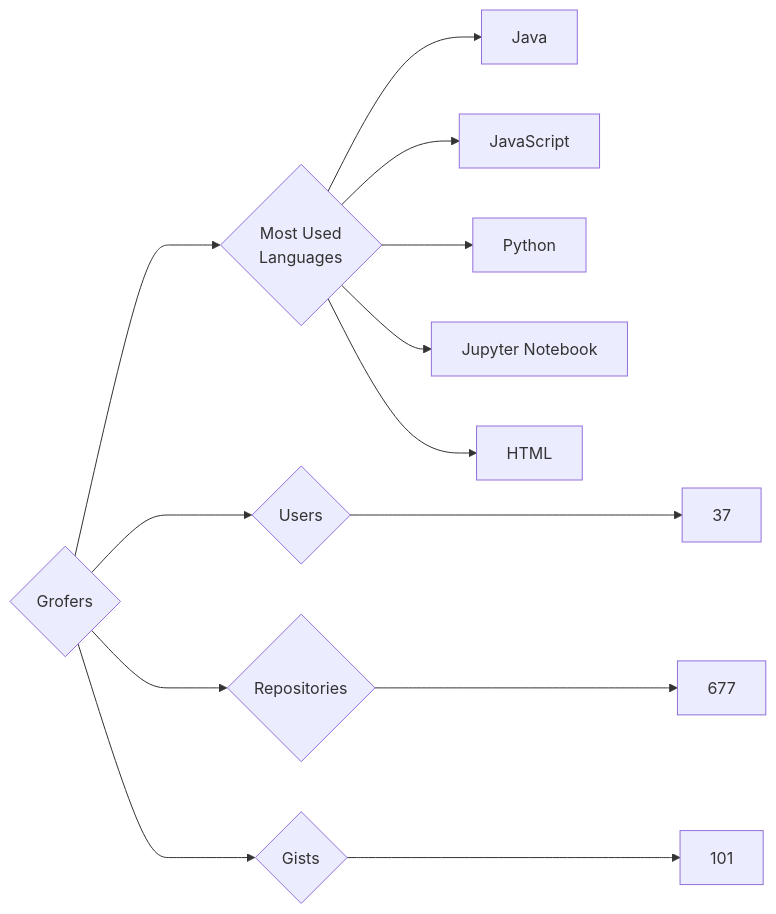
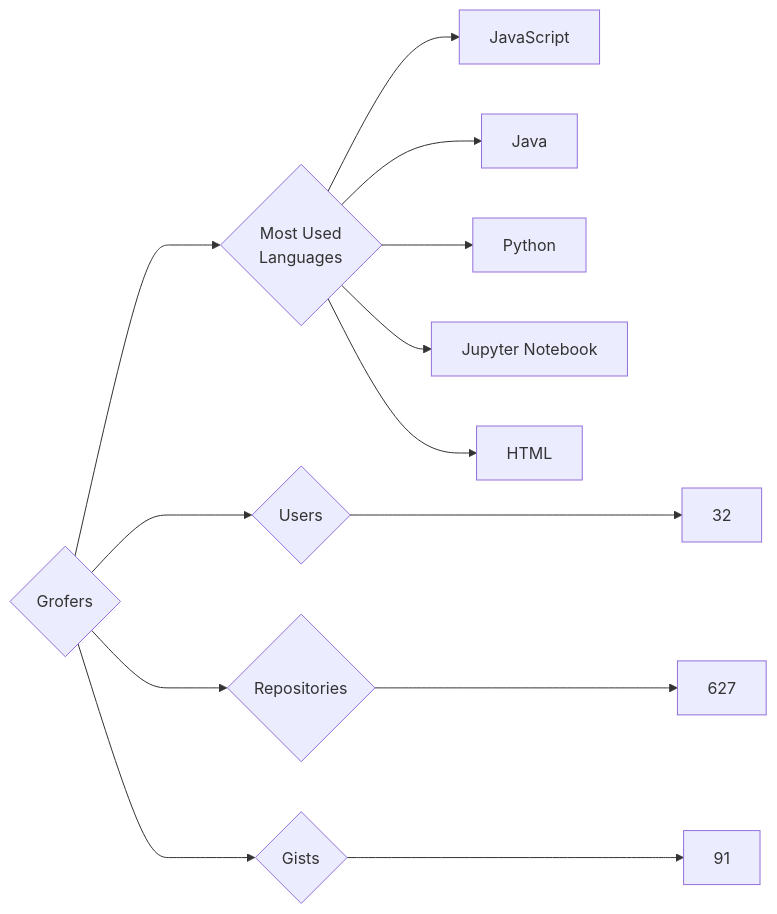
One commit to trickest/insiders changed the diagram in targets/Grofers/README.md. Above: the diagram before and after it, drawn with Mermaid. The commit also changed 679 other files, not shown here.

````diff
--- a/targets/Grofers/README.md
+++ b/targets/Grofers/README.md
@@ -3,13 +3,13 @@
 ```mermaid
 graph LR
 COMPANY_NAME{Grofers}
-COMPANY_NAME ---> U{Users} ---> UN[37]
-COMPANY_NAME ---> R{Repositories} ---> RN[677]
-COMPANY_NAME ---> G{Gists} ---> GN[101]
+COMPANY_NAME ---> U{Users} ---> UN[32]
+COMPANY_NAME ---> R{Repositories} ---> RN[627]
+COMPANY_NAME ---> G{Gists} ---> GN[91]
 COMPANY_NAME ---> ML{Most Used<br>Languages}
+ML --> JavaScript[JavaScript]
 ML --> Java[Java]
-ML --> JavaScript[JavaScript]
 ML --> Python[Python]
 ML --> Jupyter_Notebook[Jupyter Notebook]
 ML --> HTML[HTML]
 ```
````
